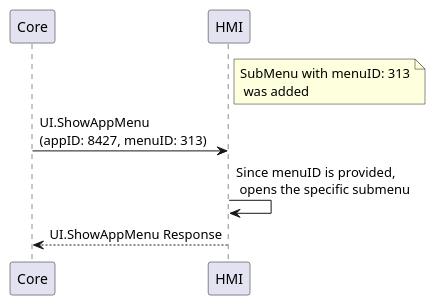
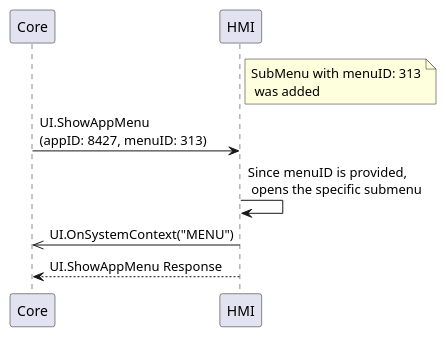
One commit to smartdevicelink/sdl_hmi_integration_guidelines changed the diagram in docs/UI/ShowAppMenu/assets/ShowAppMenu_MenuID.puml. Above: the diagram before and after it, drawn with PlantUML. The commit also changed 4 other files, not shown here.

Commit message:
Add the OnSystemContext notification step for opening the menu

```diff
--- a/docs/UI/ShowAppMenu/assets/ShowAppMenu_MenuID.puml
+++ b/docs/UI/ShowAppMenu/assets/ShowAppMenu_MenuID.puml
@@ -1,11 +1,12 @@
 @startuml ShowAppMenu_MenuID
 participant Core
 participant HMI
 
 note right of HMI: SubMenu with menuID: 313\n was added
 
 Core -> HMI: UI.ShowAppMenu\n(appID: 8427, menuID: 313)
 HMI -> HMI: Since menuID is provided,\n opens the specific submenu
+HMI ->> Core: UI.OnSystemContext("MENU")
 HMI --> Core: UI.ShowAppMenu Response
 
 @enduml
```
